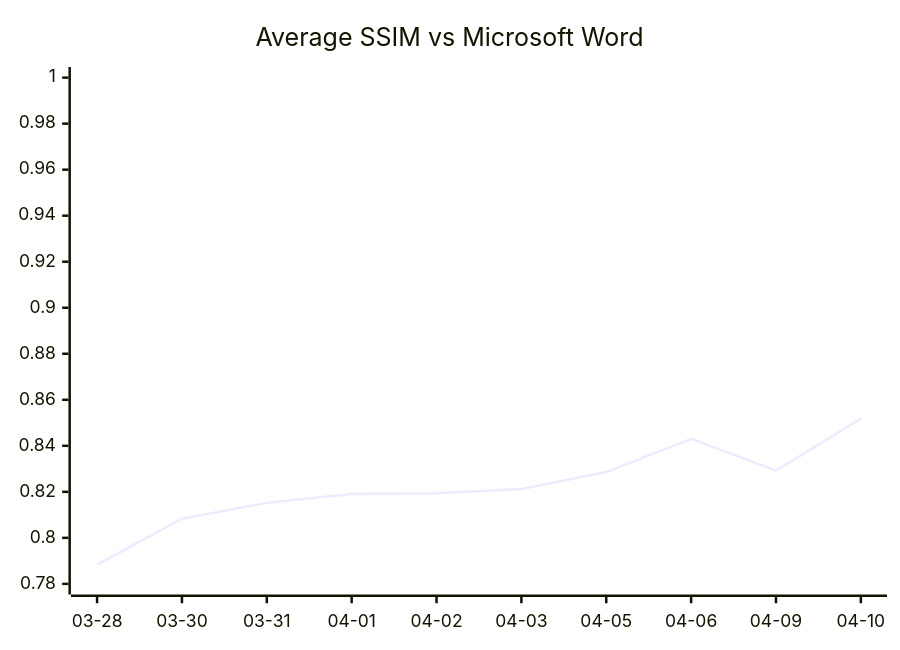
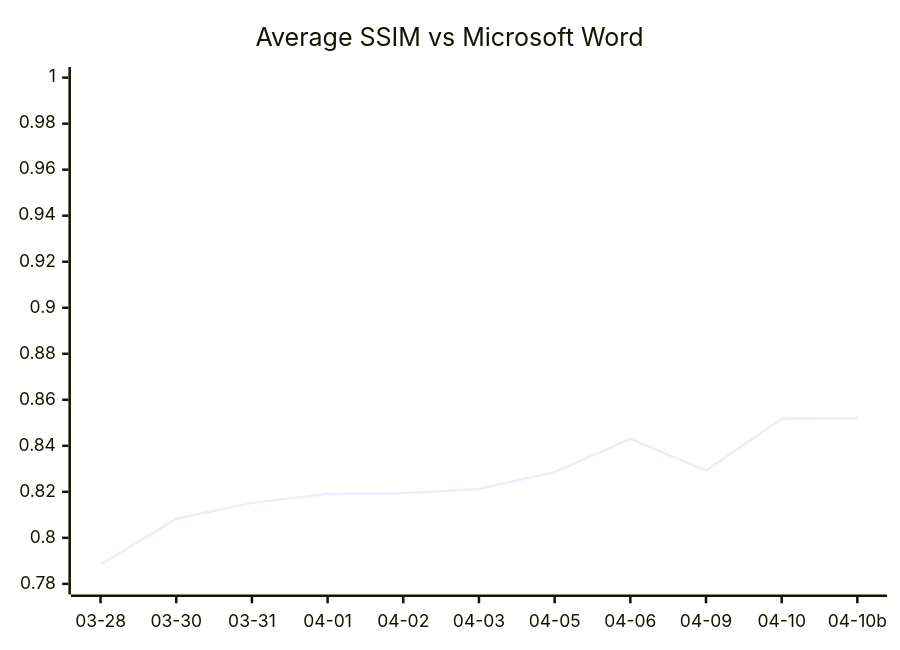
One commit to Ryujiyasu/oxi changed the diagram in README.md. Above: the diagram before and after it, drawn with Mermaid. The commit also changed other lines of this file, not shown here.

````diff
--- a/README.md
+++ b/README.md
@@ -212,7 +212,7 @@
 ```mermaid
 xychart-beta
   title "Average SSIM vs Microsoft Word"
-  x-axis ["03-28", "03-30", "03-31", "04-01", "04-02", "04-03", "04-05", "04-06", "04-09", "04-10"]
+  x-axis ["03-28", "03-30", "03-31", "04-01", "04-02", "04-03", "04-05", "04-06", "04-09", "04-10", "04-10b"]
   y-axis 0.78 --> 1.0
-  line [0.7884, 0.8083, 0.8152, 0.8191, 0.8194, 0.8212, 0.8286, 0.8430, 0.8292, 0.8518]
+  line [0.7884, 0.8083, 0.8152, 0.8191, 0.8194, 0.8212, 0.8286, 0.8430, 0.8292, 0.8518, 0.8520]
 ```
````
